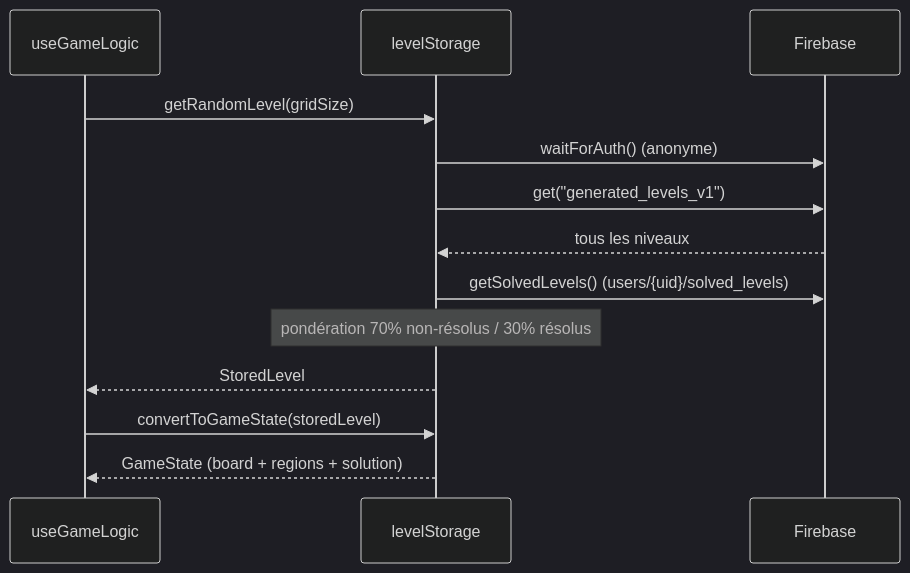
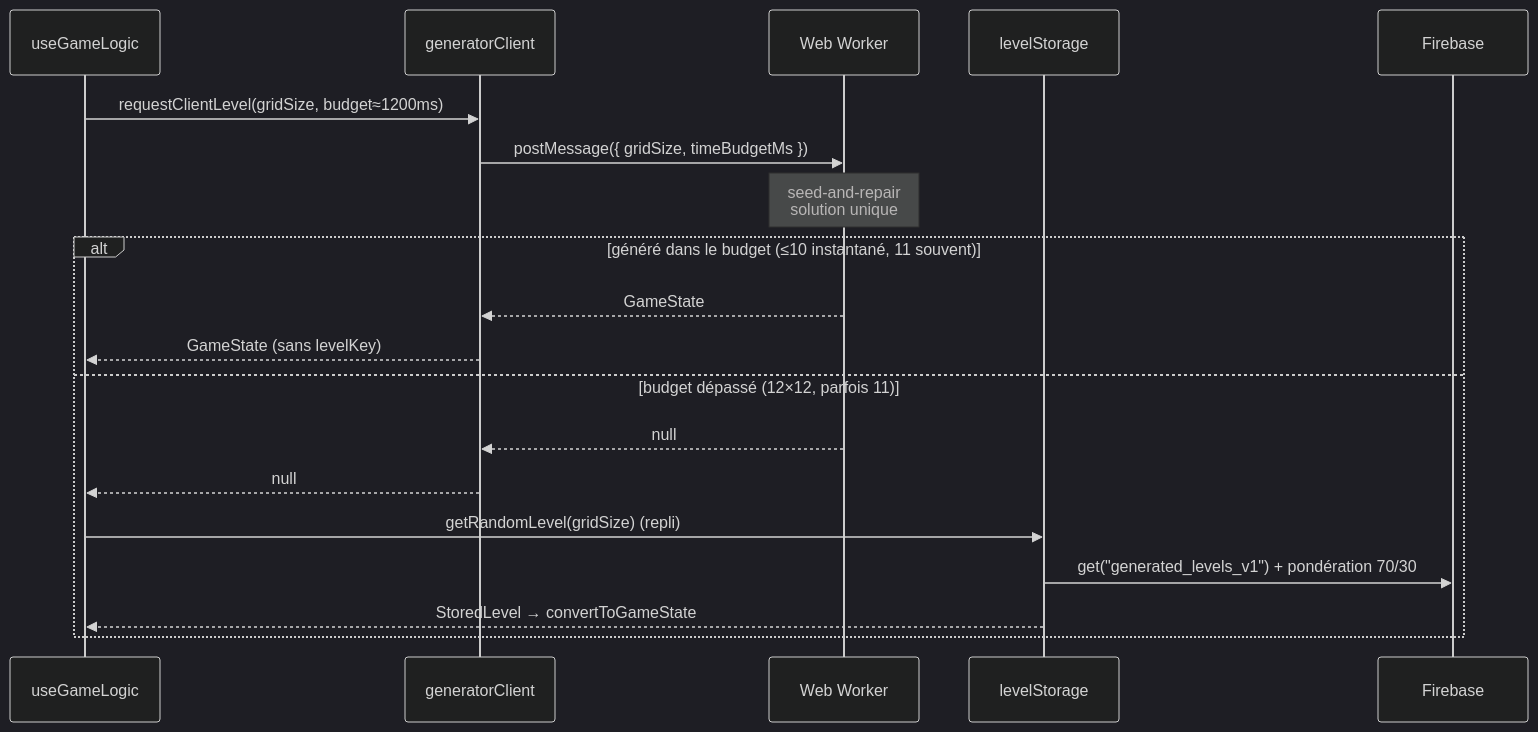
Before and after one commit to creach-t/queens-game-web: the third of 4 diagrams in docs/ARCHITECTURE.md, drawn with Mermaid (dark theme). The commit also changed other lines of this file and 10 other files, not shown here.

First line of the commit message:
feat(levels): client-side unique-solution generator + responsive layout fixes

````diff
--- a/docs/ARCHITECTURE.md
+++ b/docs/ARCHITECTURE.md
@@ -107,16 +128,22 @@
 ```mermaid
 sequenceDiagram
     participant H as useGameLogic
+    participant GC as generatorClient
+    participant W as Web Worker
     participant S as levelStorage
     participant FB as Firebase
 
-    H->>S: getRandomLevel(gridSize)
-    S->>FB: waitForAuth() (anonyme)
-    S->>FB: get("generated_levels_v1")
-    FB-->>S: tous les niveaux
-    S->>FB: getSolvedLevels() (users/{uid}/solved_levels)
-    Note over S: pondération 70% non-résolus / 30% résolus
-    S-->>H: StoredLevel
-    H->>S: convertToGameState(storedLevel)
-    S-->>H: GameState (board + regions + solution)
+    H->>GC: requestClientLevel(gridSize, budget≈1200ms)
+    GC->>W: postMessage({ gridSize, timeBudgetMs })
+    Note over W: seed-and-repair<br/>solution unique
+    alt généré dans le budget (≤10 instantané, 11 souvent)
+        W-->>GC: GameState
+        GC-->>H: GameState (sans levelKey)
+    else budget dépassé (12×12, parfois 11)
+        W-->>GC: null
+        GC-->>H: null
+        H->>S: getRandomLevel(gridSize)  (repli)
+        S->>FB: get("generated_levels_v1") + pondération 70/30
+        S-->>H: StoredLevel → convertToGameState
+    end
 ```
````
